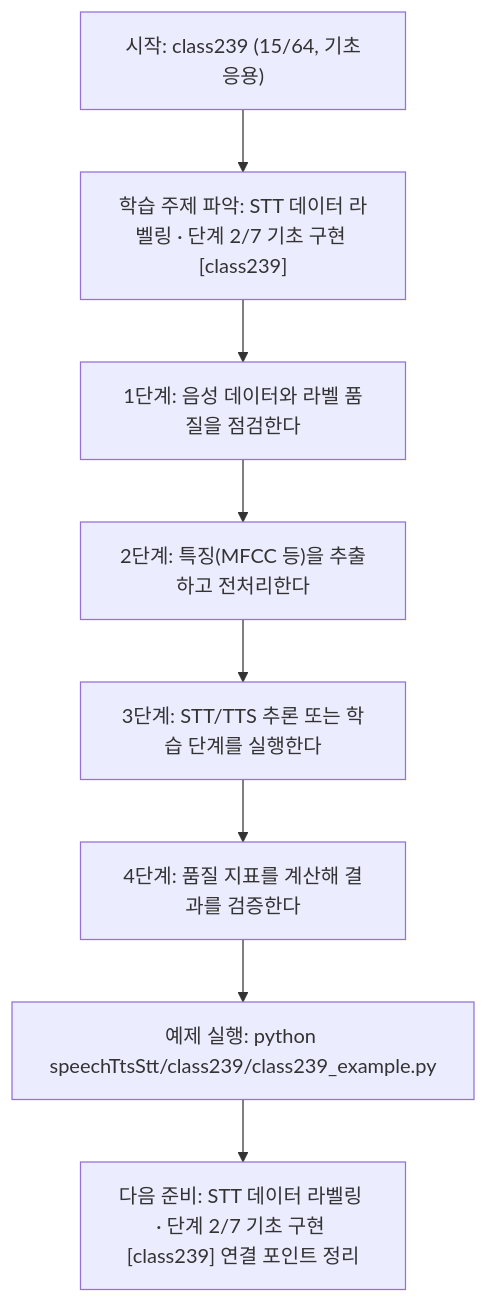
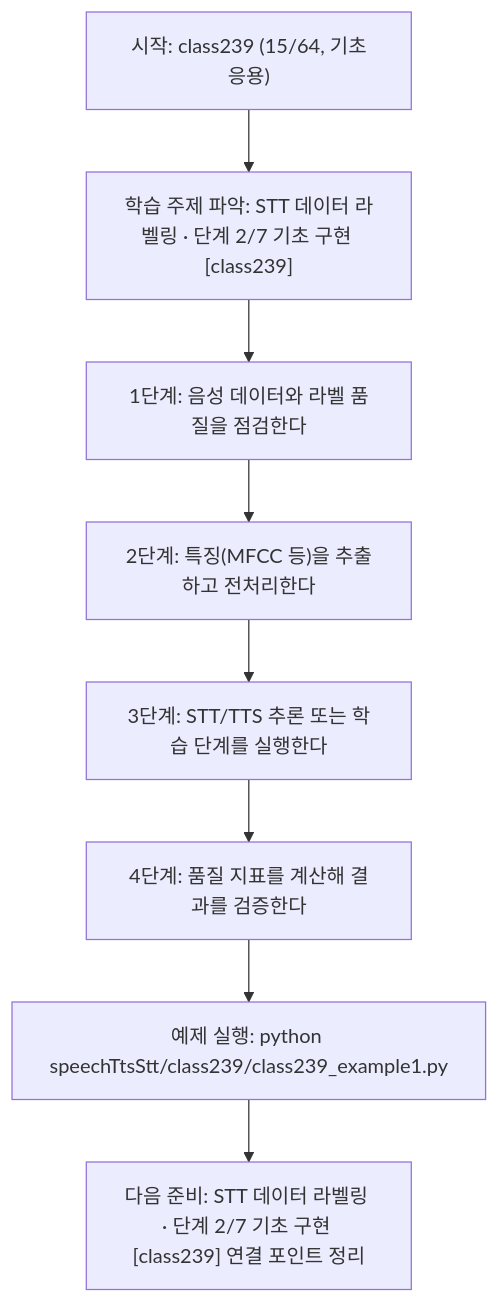
Before and after one commit to edumgt/Python-AI_Agent-Class: the diagram in speechTtsStt/class239/class239.md, drawn with Mermaid. The commit also changed other lines of this file and 2959 other files, not shown here.

````diff
--- a/speechTtsStt/class239/class239.md
+++ b/speechTtsStt/class239/class239.md
@@ -114,18 +114,18 @@
 ```mermaid
 flowchart TD
 N1["시작: class239 (15/64, 기초응용)"]
 N2["학습 주제 파악: STT 데이터 라벨링 · 단계 2/7 기초 구현 [class239]"]
 N3["1단계: 음성 데이터와 라벨 품질을 점검한다"]
 N4["2단계: 특징(MFCC 등)을 추출하고 전처리한다"]
 N5["3단계: STT/TTS 추론 또는 학습 단계를 실행한다"]
 N6["4단계: 품질 지표를 계산해 결과를 검증한다"]
-N7["예제 실행: python speechTtsStt/class239/class239_example.py"]
+N7["예제 실행: python speechTtsStt/class239/class239_example1.py"]
 N8["다음 준비: STT 데이터 라벨링 · 단계 2/7 기초 구현 [class239] 연결 포인트 정리"]
 N1 --> N2
 N2 --> N3
 N3 --> N4
 N4 --> N5
 N5 --> N6
 N6 --> N7
 N7 --> N8
 ```
````
